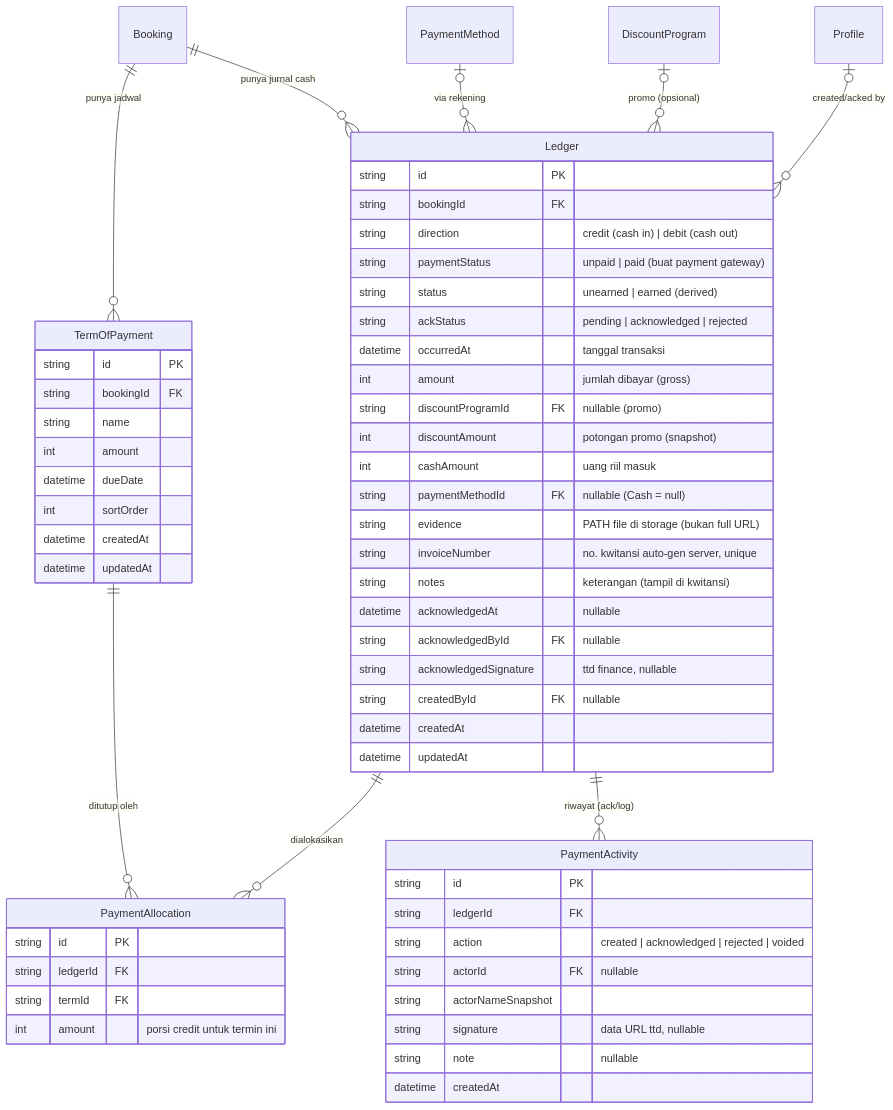
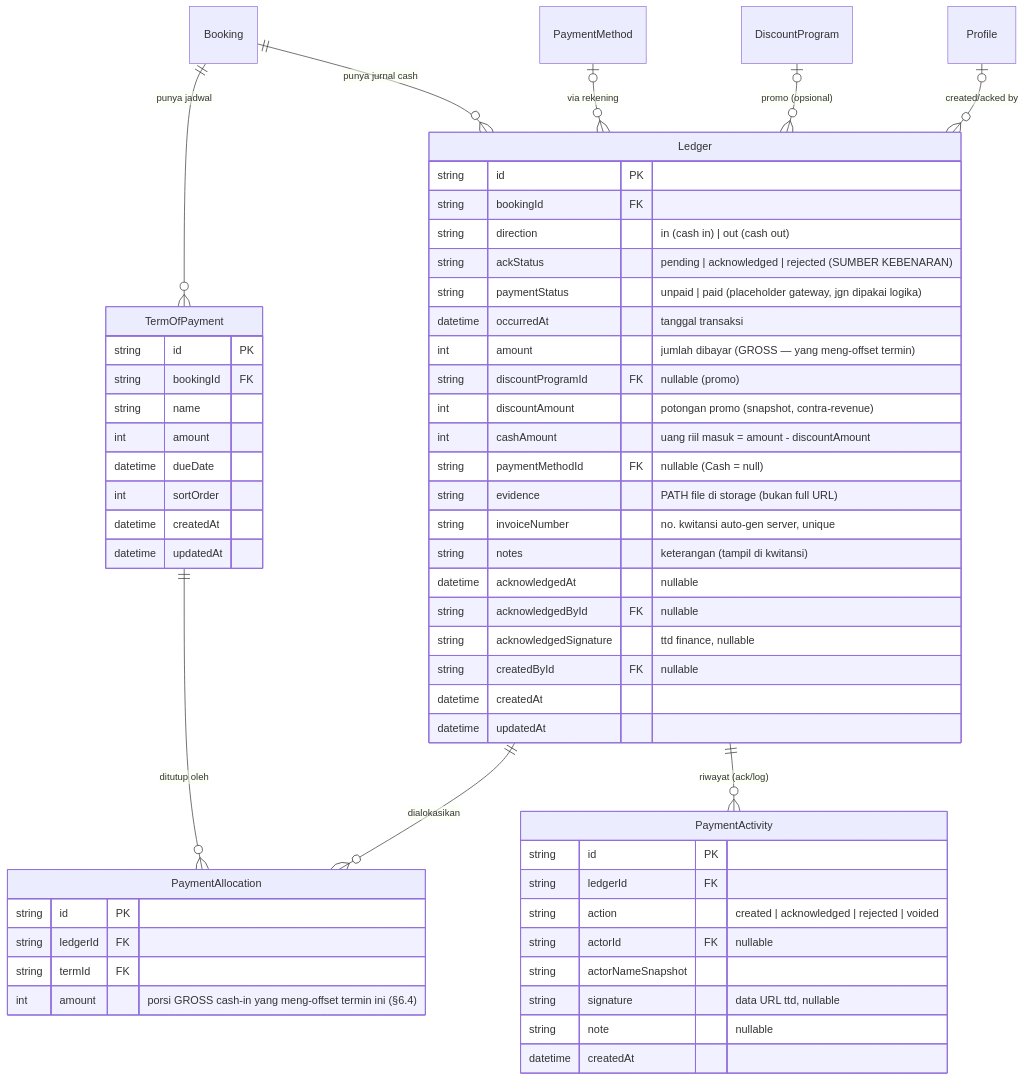
Before and after one commit to swasanaweddingpusat/swasana-project: the diagram in docs/booking-top-payment-ledger-plan.md, drawn with Mermaid. The commit also changed other lines of this file and 4 other files, not shown here.

First line of the commit message:
feat(finance): ledger cashbook schema + cash-in server actions (Fase 1-2)

````diff
--- a/docs/booking-top-payment-ledger-plan.md
+++ b/docs/booking-top-payment-ledger-plan.md
@@ -114,64 +207,63 @@
 ```mermaid
 erDiagram
   Booking          ||--o{ TermOfPayment     : "punya jadwal"
   Booking          ||--o{ Ledger            : "punya jurnal cash"
   Ledger           ||--o{ PaymentAllocation : "dialokasikan"
   TermOfPayment    ||--o{ PaymentAllocation : "ditutup oleh"
   Ledger           ||--o{ PaymentActivity   : "riwayat (ack/log)"
   PaymentMethod    |o--o{ Ledger            : "via rekening"
   DiscountProgram  |o--o{ Ledger            : "promo (opsional)"
   Profile          |o--o{ Ledger            : "created/acked by"
 
   TermOfPayment {
     string  id PK
     string  bookingId FK
     string  name
     int     amount
     datetime dueDate
     int     sortOrder
     datetime createdAt
     datetime updatedAt
   }
 
   Ledger {
     string   id PK
     string   bookingId FK
-    string   direction "credit (cash in) | debit (cash out)"
-    string   paymentStatus "unpaid | paid (buat payment gateway)"
-    string   status "unearned | earned (derived)"
-    string   ackStatus "pending | acknowledged | rejected"
+    string   direction "in (cash in) | out (cash out)"
+    string   ackStatus "pending | acknowledged | rejected (SUMBER KEBENARAN)"
+    string   paymentStatus "unpaid | paid (placeholder gateway, jgn dipakai logika)"
     datetime occurredAt "tanggal transaksi"
-    int      amount "jumlah dibayar (gross)"
+    int      amount "jumlah dibayar (GROSS — yang meng-offset termin)"
     string   discountProgramId FK "nullable (promo)"
-    int      discountAmount "potongan promo (snapshot)"
-    int      cashAmount "uang riil masuk"
+    int      discountAmount "potongan promo (snapshot, contra-revenue)"
+    int      cashAmount "uang riil masuk = amount - discountAmount"
     string   paymentMethodId FK "nullable (Cash = null)"
     string   evidence "PATH file di storage (bukan full URL)"
     string   invoiceNumber "no. kwitansi auto-gen server, unique"
     string   notes "keterangan (tampil di kwitansi)"
     datetime acknowledgedAt "nullable"
     string   acknowledgedById FK "nullable"
     string   acknowledgedSignature "ttd finance, nullable"
     string   createdById FK "nullable"
     datetime createdAt
     datetime updatedAt
   }
 
   PaymentAllocation {
     string id PK
     string ledgerId FK
     string termId FK
-    int    amount "porsi credit untuk termin ini"
+    int    amount "porsi GROSS cash-in yang meng-offset termin ini (§6.4)"
   }
 
   PaymentActivity {
     string   id PK
     string   ledgerId FK
     string   action "created | acknowledged | rejected | voided"
     string   actorId FK "nullable"
     string   actorNameSnapshot
     string   signature "data URL ttd, nullable"
     string   note "nullable"
     datetime createdAt
   }
 ```
````
